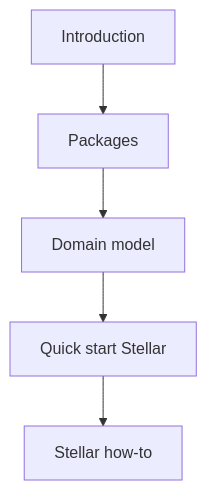
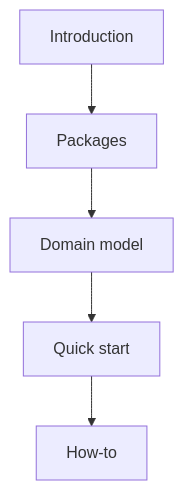
One commit to Polynom-Labs/privacy-layer-confidential-sdk changed the second of 2 diagrams in docs/overview/introduction.mdx. Above: the diagram before and after it, drawn with Mermaid. The commit also changed other lines of this file and 18 other files, not shown here.

````diff
--- a/docs/overview/introduction.mdx
+++ b/docs/overview/introduction.mdx
@@ -63,10 +53,10 @@
 ```mermaid
 flowchart TD
   Intro[Introduction]
   Pkg[Packages]
   Domain[Domain model]
-  QS[Quick start Stellar]
-  HowTo[Stellar how-to]
+  QS[Quick start]
+  HowTo[How-to]
 
   Intro --> Pkg --> Domain --> QS --> HowTo
 ```
````
